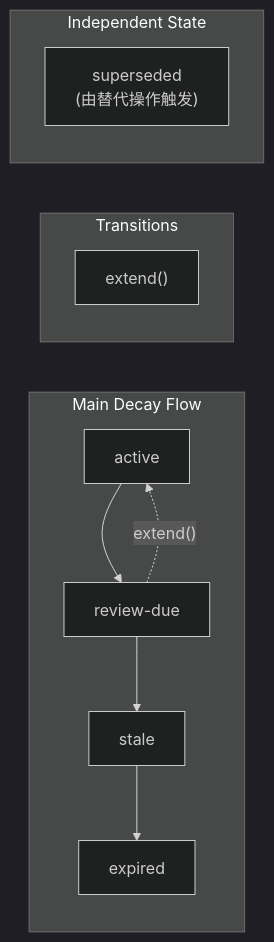
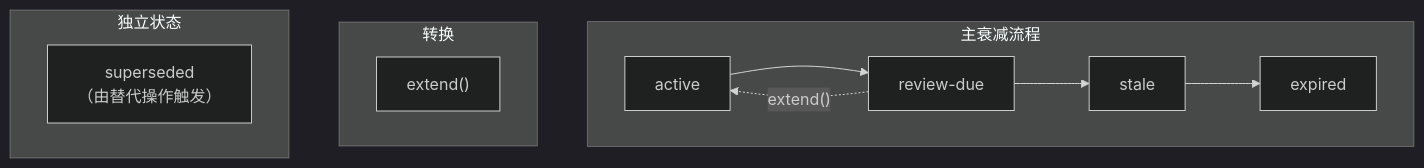
One commit to pofossette/TrapMap-for-vibing changed the first of 4 diagrams in docs/architecture/components/DECAY.md. Above: the diagram before and after it, drawn with Mermaid (dark theme). The commit also changed other lines of this file and 31 other files, not shown here.

````diff
--- a/docs/architecture/components/DECAY.md
+++ b/docs/architecture/components/DECAY.md
@@ -11,18 +11,18 @@
 ```mermaid
-flowchart LR
-    subgraph MainFlow["Main Decay Flow"]
+flowchart TB
+    subgraph 主流程["主衰减流程"]
         A["active"] --> B["review-due"]
         B --> C["stale"]
         C --> D["expired"]
     end
 
-    subgraph Transitions["Transitions"]
+    subgraph 转换["转换"]
         E["extend()"]
     end
 
-    subgraph Independent["Independent State"]
-        F["superseded\n(由替代操作触发)"]
+    subgraph 独立状态["独立状态"]
+        F["superseded\n（由替代操作触发）"]
     end
 
     B -. extend() .-> A
 ```
````
